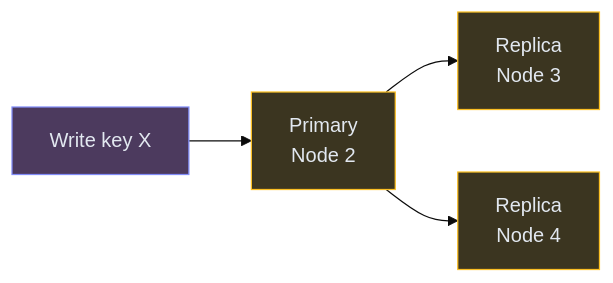
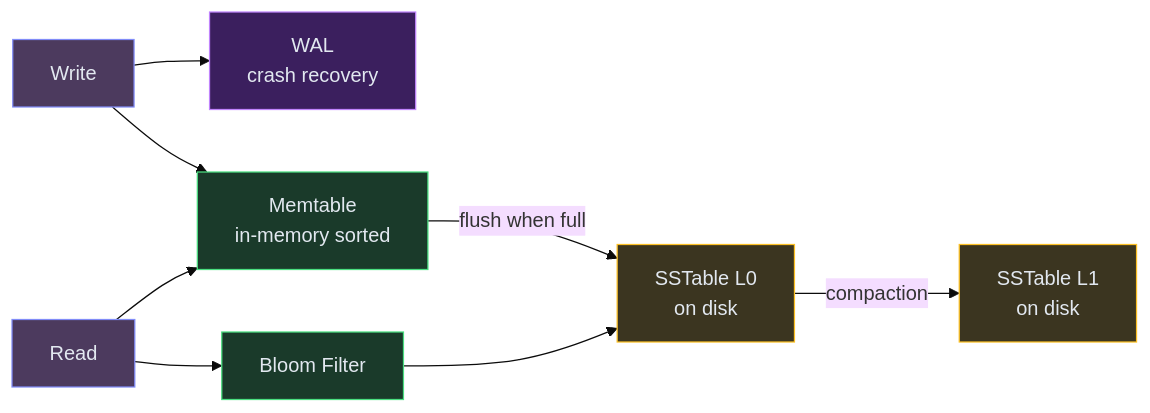
One commit to iluzn/HLD-Designs changed the eighth of 10 diagrams in content/hld/KeyValueStore.md. Above: the diagram before and after it, drawn with Mermaid (base theme). The commit also changed other lines of this file, not shown here.

Commit message:
rewrite Key-Value Store in Hello Interview style: incremental build, one FR at a time, WHY before WHAT

````diff
--- a/content/hld/KeyValueStore.md
+++ b/content/hld/KeyValueStore.md
@@ -241,14 +381,23 @@
 ```mermaid
 flowchart LR
-    WRITE["Write key X"]:::client
-    P["Primary<br/>Node 2"]:::data
-    R1["Replica<br/>Node 3"]:::data
-    R2["Replica<br/>Node 4"]:::data
+    WRITE["Write"]:::client
+    WAL["WAL<br/>crash recovery"]:::async
+    MEM["Memtable<br/>in-memory sorted"]:::service
+    SS1["SSTable L0<br/>on disk"]:::data
+    SS2["SSTable L1<br/>on disk"]:::data
+    READ["Read"]:::client
+    BLOOM["Bloom Filter"]:::service
 
-    WRITE --> P
-    P --> R1
-    P --> R2
+    WRITE --> WAL
+    WRITE --> MEM
+    MEM -->|"flush when full"| SS1
+    SS1 -->|"compaction"| SS2
+    READ --> MEM
+    READ --> BLOOM
+    BLOOM --> SS1
 
     classDef client fill:#4c3a5e,stroke:#818cf8,color:#e2e8f0
+    classDef service fill:#1a3a2a,stroke:#4ade80,color:#e2e8f0
     classDef data fill:#3b3520,stroke:#fbbf24,color:#e2e8f0
+    classDef async fill:#3b1f5e,stroke:#c084fc,color:#e2e8f0
 ```
````
